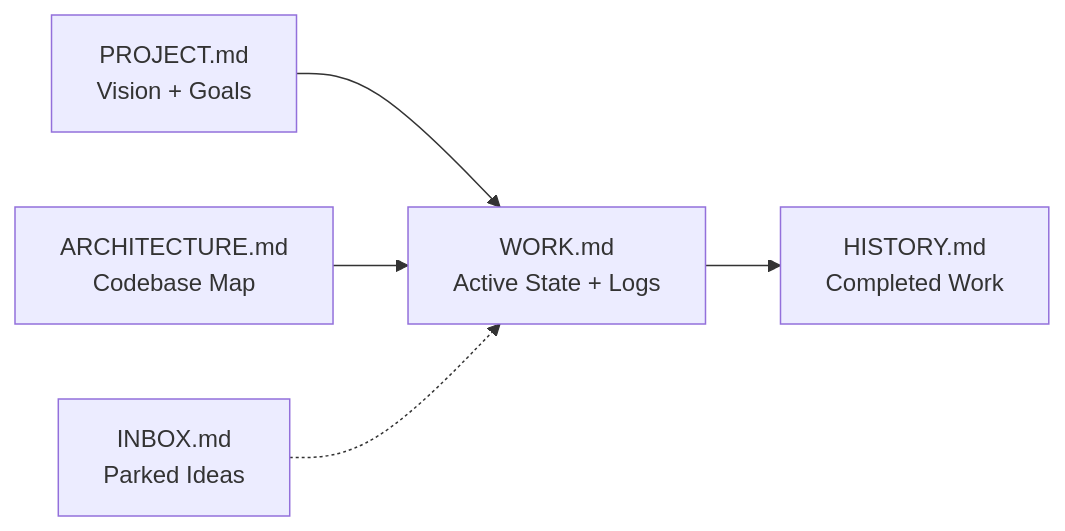
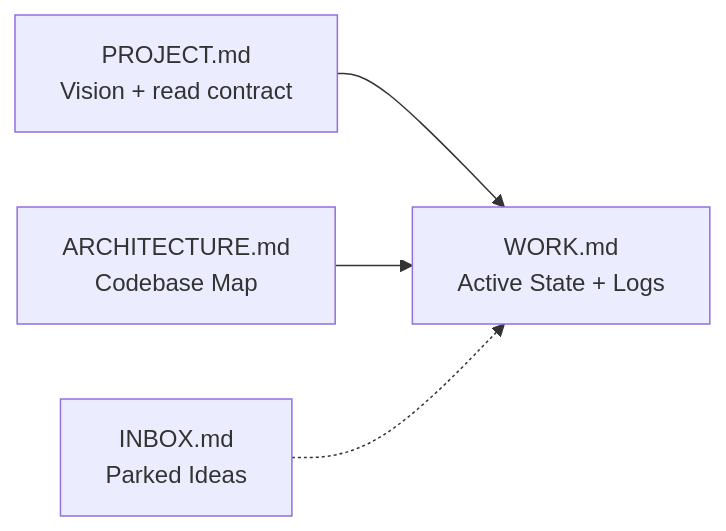
One commit to luutuankiet/gsd-lite changed the sixth of 8 diagrams in README.md. Above: the diagram before and after it, drawn with Mermaid. The commit also changed other lines of this file and 10 other files, not shown here.

````diff
--- a/README.md
+++ b/README.md
@@ -195,7 +193,6 @@
 ```mermaid
 graph LR
-    P[PROJECT.md<br/>Vision + Goals] --> W[WORK.md<br/>Active State + Logs]
+    P[PROJECT.md<br/>Vision + read contract] --> W[WORK.md<br/>Active State + Logs]
     A[ARCHITECTURE.md<br/>Codebase Map] --> W
-    W --> H[HISTORY.md<br/>Completed Work]
     I[INBOX.md<br/>Parked Ideas] -.-> W
 ```
````
